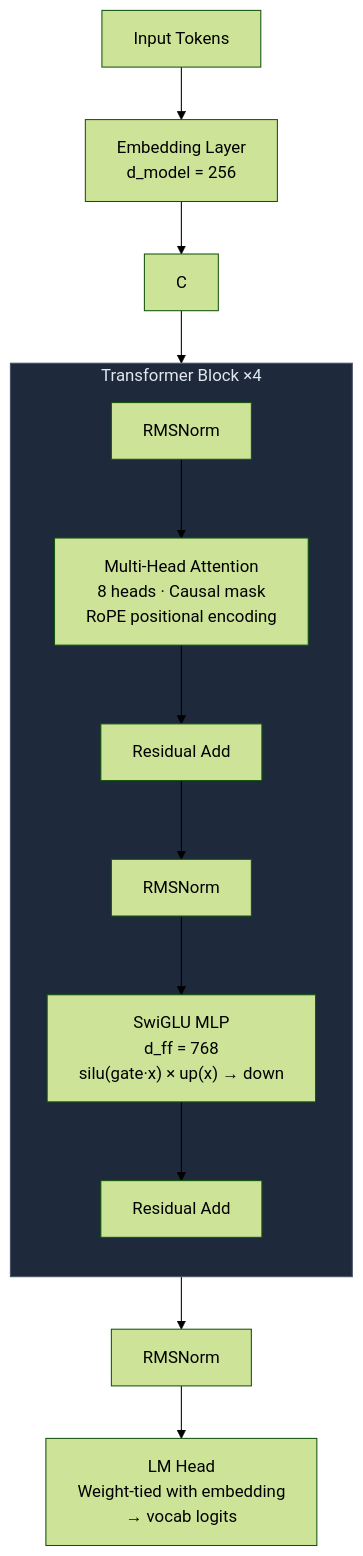
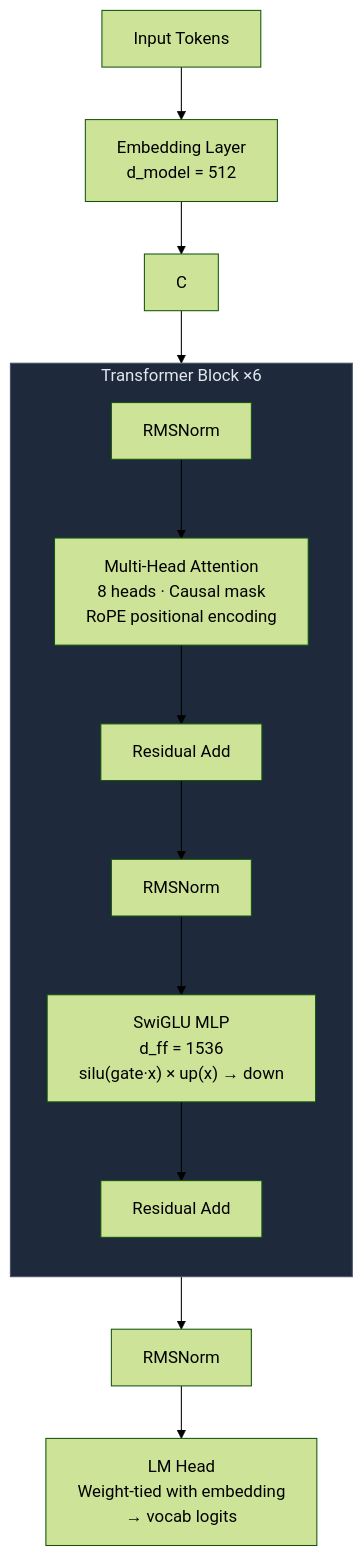
One commit to Justme-Cliff/FinanceGPT changed the second of 2 diagrams in README.md. Above: the diagram before and after it, drawn with Mermaid (forest theme). The commit also changed other lines of this file and 4 other files, not shown here.

````diff
--- a/README.md
+++ b/README.md
@@ -86,25 +86,25 @@
 ```mermaid
 flowchart TD
     A["Input Tokens"] --> B
 
-    B["Embedding Layer\nd_model = 256"]
+    B["Embedding Layer\nd_model = 512"]
     B --> C
 
-    subgraph Block ["Transformer Block ×4"]
+    subgraph Block ["Transformer Block ×6"]
         direction TB
         C1["RMSNorm"] --> C2
         C2["Multi-Head Attention\n8 heads · Causal mask\nRoPE positional encoding"] --> C3
         C3["Residual Add"] --> C4
         C4["RMSNorm"] --> C5
-        C5["SwiGLU MLP\nd_ff = 768\nsilu(gate·x) × up(x) → down"] --> C6
+        C5["SwiGLU MLP\nd_ff = 1536\nsilu(gate·x) × up(x) → down"] --> C6
         C6["Residual Add"]
     end
 
     C --> C1
     C6 --> D
 
     D["RMSNorm"] --> E
     E["LM Head\nWeight-tied with embedding\n→ vocab logits"]
 
     style Block fill:#1e293b,stroke:#475569,color:#e2e8f0
 ```
````
